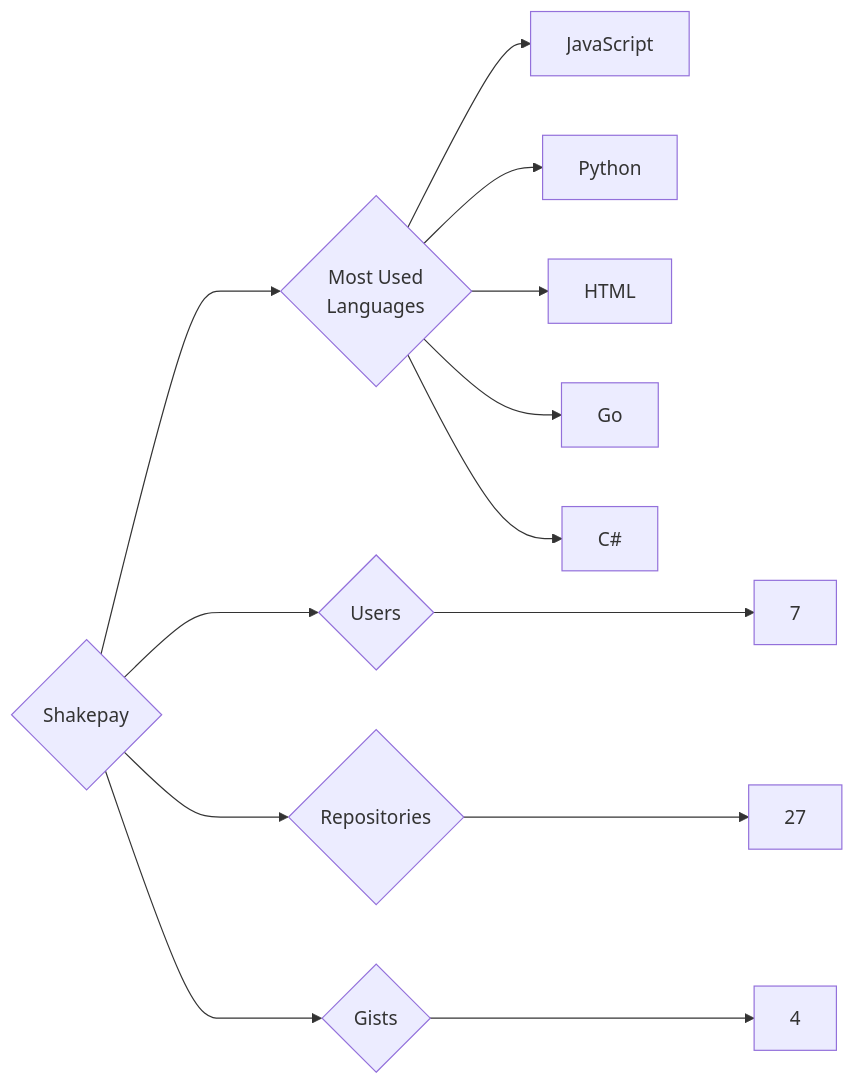
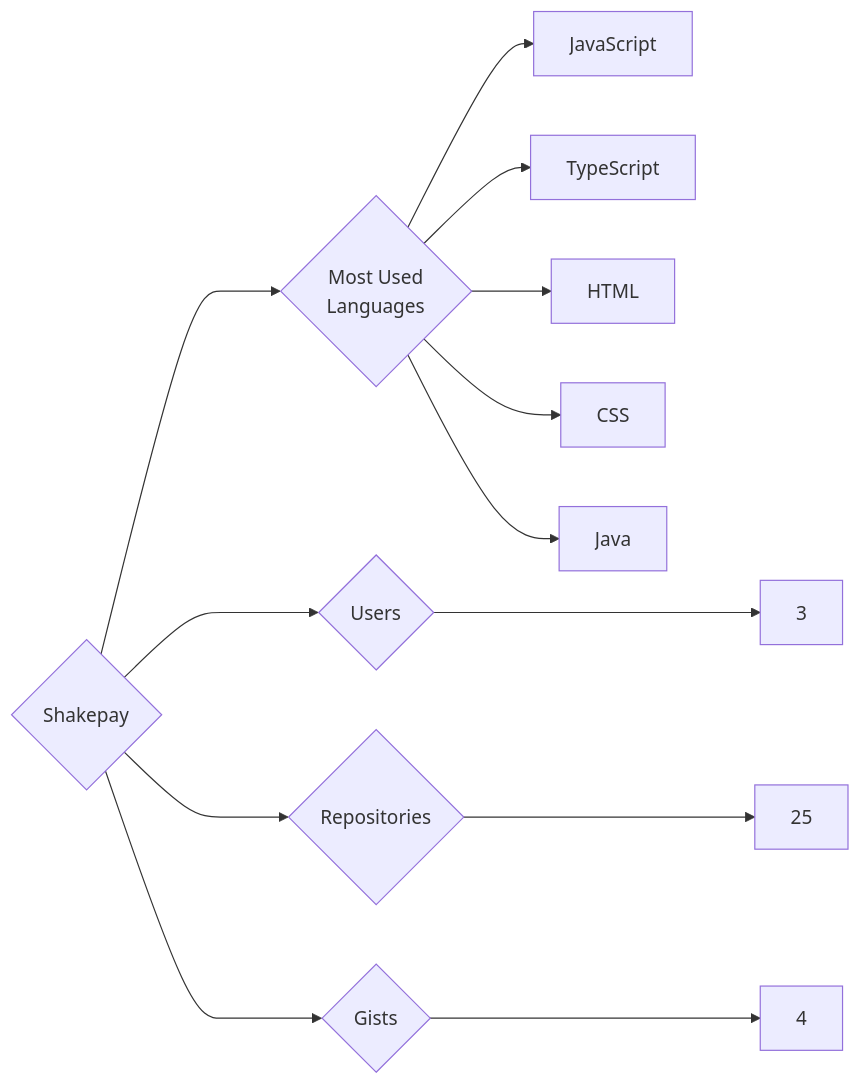
The diagram in targets/Shakepay/README.md (trickest/insiders), drawn with Mermaid before and after one commit. The commit also changed 681 other files, not shown here.

````diff
--- a/targets/Shakepay/README.md
+++ b/targets/Shakepay/README.md
@@ -3,13 +3,13 @@
 ```mermaid
 graph LR
 COMPANY_NAME{Shakepay}
-COMPANY_NAME ---> U{Users} ---> UN[7]
-COMPANY_NAME ---> R{Repositories} ---> RN[27]
+COMPANY_NAME ---> U{Users} ---> UN[3]
+COMPANY_NAME ---> R{Repositories} ---> RN[25]
 COMPANY_NAME ---> G{Gists} ---> GN[4]
 COMPANY_NAME ---> ML{Most Used<br>Languages}
 ML --> JavaScript[JavaScript]
-ML --> Python[Python]
+ML --> TypeScript[TypeScript]
 ML --> HTML[HTML]
-ML --> Go[Go]
-ML --> C#[C#]
+ML --> CSS[CSS]
+ML --> Java[Java]
 ```
````
